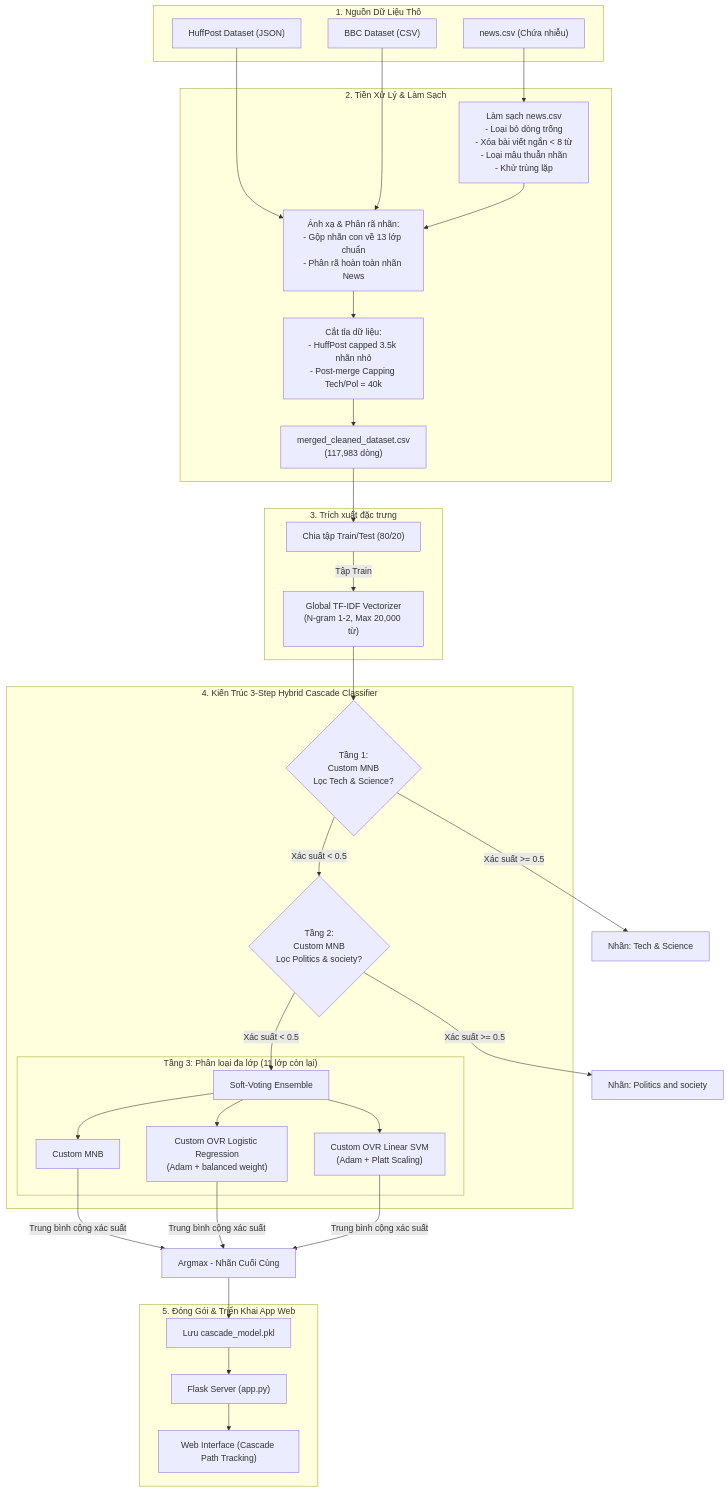
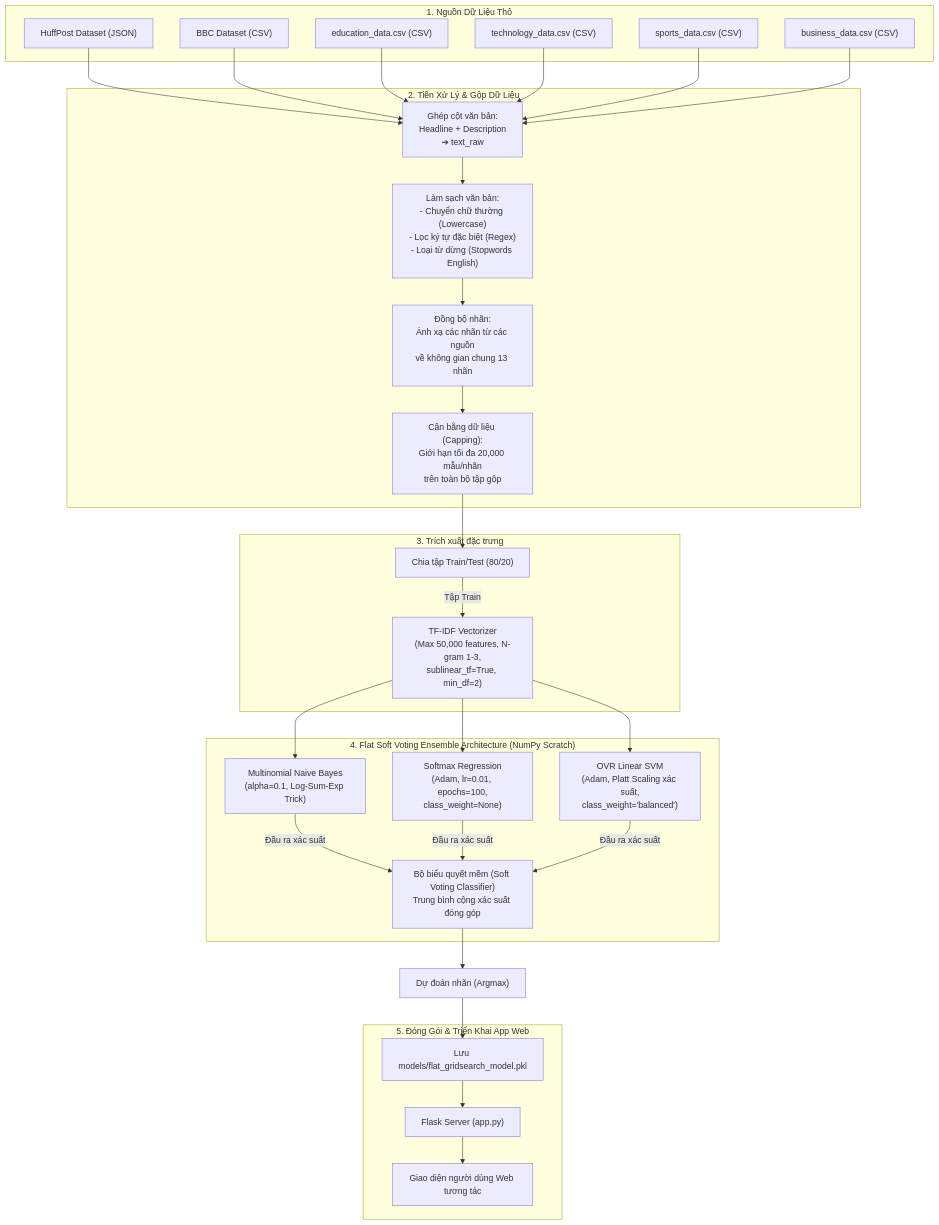
The diagram in Bao_cao_Mo_hinh.md (tuandinhcontact-cmd/DocumentClassifier), drawn with Mermaid before and after one commit. The commit also changed other lines of this file and 81 other files, not shown here.

Commit message:
Update ML classifier: Grid Search optimized parameters, add SMOTE balancing, update training comparison and optimal scripts, and production models

````diff
--- a/Bao_cao_Mo_hinh.md
+++ b/Bao_cao_Mo_hinh.md
@@ -110,68 +19,57 @@
 ```mermaid
 graph TD
     %% Nguồn dữ liệu
     subgraph DataSources["1. Nguồn Dữ Liệu Thô"]
         D1["HuffPost Dataset (JSON)"]
         D2["BBC Dataset (CSV)"]
-        D3["news.csv (Chứa nhiễu)"]
+        D3["education_data.csv (CSV)"]
+        D4["technology_data.csv (CSV)"]
+        D5["sports_data.csv (CSV)"]
+        D6["business_data.csv (CSV)"]
     end
 
-    %% Tiền xử lý và làm sạch
-    subgraph Preprocessing["2. Tiền Xử Lý & Làm Sạch"]
-        CleanNews["Làm sạch news.csv<br>- Loại bỏ dòng trống<br>- Xóa bài viết ngắn < 8 từ<br>- Loại mâu thuẫn nhãn<br>- Khử trùng lặp"]
-        MapLabels["Ánh xạ & Phân rã nhãn:<br>- Gộp nhãn con về 13 lớp chuẩn<br>- Phân rã hoàn toàn nhãn News"]
-        Capping["Cắt tỉa dữ liệu:<br>- HuffPost capped 3.5k nhãn nhỏ<br>- Post-merge Capping Tech/Pol = 40k"]
-        OutputClean["merged_cleaned_dataset.csv<br>(117,983 dòng)"]
+    %% Tiền xử lý và gộp dữ liệu
+    subgraph Preprocessing["2. Tiền Xử Lý & Gộp Dữ Liệu"]
+        MergeFields["Ghép cột văn bản:<br>Headline + Description<br>➔ text_raw"]
+        CleanText["Làm sạch văn bản:<br>- Chuyển chữ thường (Lowercase)<br>- Lọc ký tự đặc biệt (Regex)<br>- Loại từ dừng (Stopwords English)"]
+        MapLabels["Đồng bộ nhãn:<br>Ánh xạ các nhãn từ các nguồn<br>về không gian chung 13 nhãn"]
+        Capping["Cân bằng dữ liệu (Capping):<br>Giới hạn tối đa 20,000 mẫu/nhãn<br>trên toàn bộ tập gộp"]
     end
 
-    D3 --> CleanNews
-    D1 --> MapLabels
-    D2 --> MapLabels
-    CleanNews --> MapLabels
+    D1 & D2 & D3 & D4 & D5 & D6 --> MergeFields
+    MergeFields --> CleanText
+    CleanText --> MapLabels
     MapLabels --> Capping
-    Capping --> OutputClean
 
-    %% Huấn luyện
+    %% Vector hóa
     subgraph Vectorization["3. Trích xuất đặc trưng"]
         Split["Chia tập Train/Test (80/20)"]
-        TFIDF["Global TF-IDF Vectorizer<br>(N-gram 1-2, Max 20,000 từ)"]
+        TFIDF["TF-IDF Vectorizer<br>(Max 50,000 features, N-gram 1-3,<br>sublinear_tf=True, min_df=2)"]
     end
 
-    OutputClean --> Split
+    Capping --> Split
     Split -->|Tập Train| TFIDF
 
-    %% Kiến trúc 3-Step Cascade
-    subgraph Cascade["4. Kiến Trúc 3-Step Hybrid Cascade Classifier"]
-        Step1{"Tầng 1:<br>Custom MNB<br>Lọc Tech & Science?"}
-        Step2{"Tầng 2:<br>Custom MNB<br>Lọc Politics & society?"}
-        
-        subgraph Step3["Tầng 3: Phân loại đa lớp (11 lớp còn lại)"]
-            Ensemble["Soft-Voting Ensemble"]
-            MNB["Custom MNB"]
-            LR["Custom OVR Logistic Regression<br>(Adam + balanced weight)"]
-            SVM["Custom OVR Linear SVM<br>(Adam + Platt Scaling)"]
-        end
+    %% Kiến trúc mô hình phẳng
+    subgraph ModelArchitecture["4. Flat Soft Voting Ensemble Architecture (NumPy Scratch)"]
+        NB["Multinomial Naive Bayes<br>(alpha=0.1, Log-Sum-Exp Trick)"]
+        LR["Softmax Regression<br>(Adam, lr=0.01, epochs=100,<br>class_weight=None)"]
+        SVM["OVR Linear SVM<br>(Adam, Platt Scaling xác suất,<br>class_weight='balanced')"]
+        Voting["Bộ biểu quyết mềm (Soft Voting Classifier)<br>Trung bình cộng xác suất đóng góp"]
     end
 
-    TFIDF --> Step1
-    Step1 -->|Xác suất >= 0.5| OutTech["Nhãn: Tech & Science"]
-    Step1 -->|Xác suất < 0.5| Step2
-    Step2 -->|Xác suất >= 0.5| OutPol["Nhãn: Politics and society"]
-    Step2 -->|Xác suất < 0.5| Ensemble
+    TFIDF --> NB & LR & SVM
+    NB & LR & SVM -->|Đầu ra xác suất| Voting
+    Voting --> Predict["Dự đoán nhãn (Argmax)"]
 
-    Ensemble --> MNB
-    Ensemble --> LR
-    Ensemble --> SVM
-    MNB & LR & SVM -->|Trung bình cộng xác suất| Predict["Argmax - Nhãn Cuối Cùng"]
-
-    %% Tích hợp và Triển khai
+    %% Triển khai
     subgraph Deployment["5. Đóng Gói & Triển Khai App Web"]
-        Save["Lưu cascade_model.pkl"]
+        Save["Lưu models/flat_gridsearch_model.pkl"]
         Flask["Flask Server (app.py)"]
-        UI["Web Interface (Cascade Path Tracking)"]
+        UI["Giao diện người dùng Web tương tác"]
     end
 
     Predict --> Save
     Save --> Flask
     Flask --> UI
 ```
````
